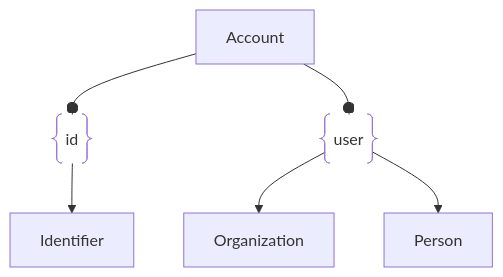
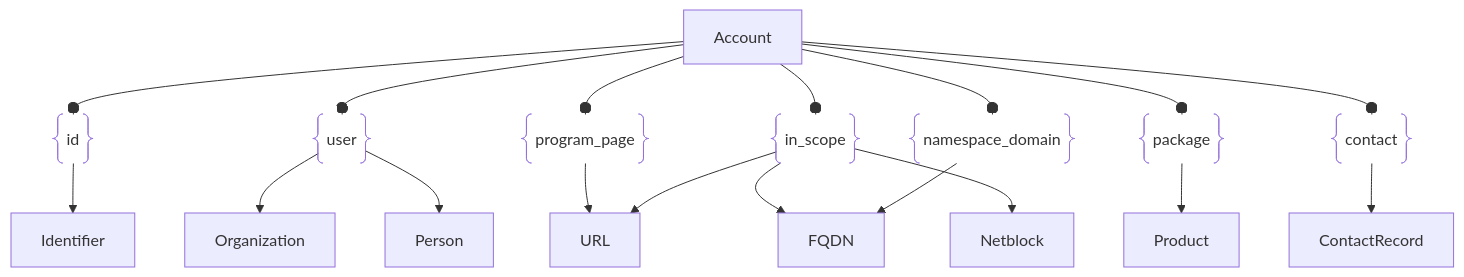
One commit to owasp-amass/docs changed the diagram in docs/open_asset_model/assets/account.md. Above: the diagram before and after it, drawn with Mermaid. The commit also changed other lines of this file and 105 other files, not shown here.

````diff
--- a/docs/open_asset_model/assets/account.md
+++ b/docs/open_asset_model/assets/account.md
@@ -63,15 +107,42 @@
 ```mermaid
 graph TD
 acct["Account"]
 ident["Identifier"]
 idRel@{ shape: braces, label: "id" }
 acct --o idRel
 idRel --> ident
 
 org["Organization"]
 person["Person"]
 user@{ shape: braces, label: "user" }
 acct --o user
 user --> org
 user --> person
+
+url["URL"]
+page@{ shape: braces, label: "program_page" }
+acct --o page
+page --> url
+
+fqdn["FQDN"]
+nb["Netblock"]
+scope@{ shape: braces, label: "in_scope" }
+acct --o scope
+scope --> fqdn
+scope --> nb
+scope --> url
+
+product["Product"]
+pkgRel@{ shape: braces, label: "package" }
+acct --o pkgRel
+pkgRel --> product
+
+nsRel@{ shape: braces, label: "namespace_domain" }
+acct --o nsRel
+nsRel --> fqdn
+
+cr["ContactRecord"]
+crRel@{ shape: braces, label: "contact" }
+acct --o crRel
+crRel --> cr
 ```
````
